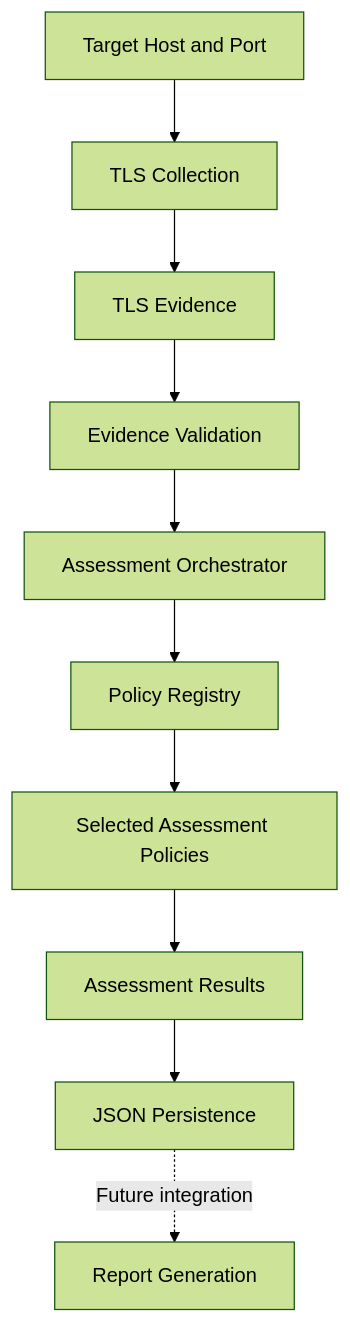
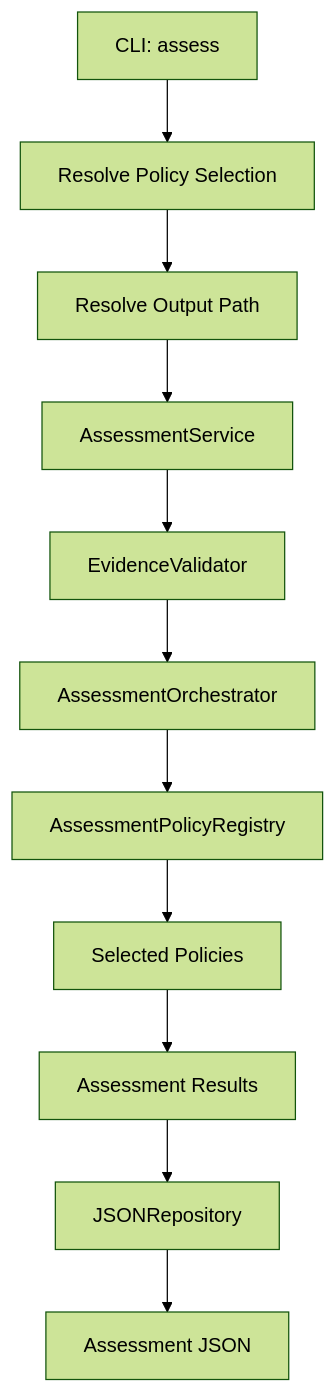
Before and after one commit to git-loa/cryptographic-inventory-pqc-risk-assessment: the third of 5 diagrams in docs/architecture.md, drawn with Mermaid (forest theme). The commit also changed other lines of this file and 1 other file, not shown here.

Commit message:
docs: update CLI workflow and application architecture

````diff
--- a/docs/architecture.md
+++ b/docs/architecture.md
@@ -56,12 +102,13 @@
 ```mermaid
 flowchart TD
-    A["Target Host and Port"] --> B["TLS Collection"]
-    B --> C["TLS Evidence"]
-    C --> D["Evidence Validation"]
-    D --> E["Assessment Orchestrator"]
-    E --> F["Policy Registry"]
-    F --> G["Selected Assessment Policies"]
-    G --> H["Assessment Results"]
-    H --> I["JSON Persistence"]
-    I -. "Future integration" .-> J["Report Generation"]
+    A["CLI: assess"] --> B["Resolve Policy Selection"]
+    B --> C["Resolve Output Path"]
+    C --> D["AssessmentService"]
+    D --> E["EvidenceValidator"]
+    E --> F["AssessmentOrchestrator"]
+    F --> G["AssessmentPolicyRegistry"]
+    G --> H["Selected Policies"]
+    H --> I["Assessment Results"]
+    I --> J["JSONRepository"]
+    J --> K["Assessment JSON"]
 ```
````
